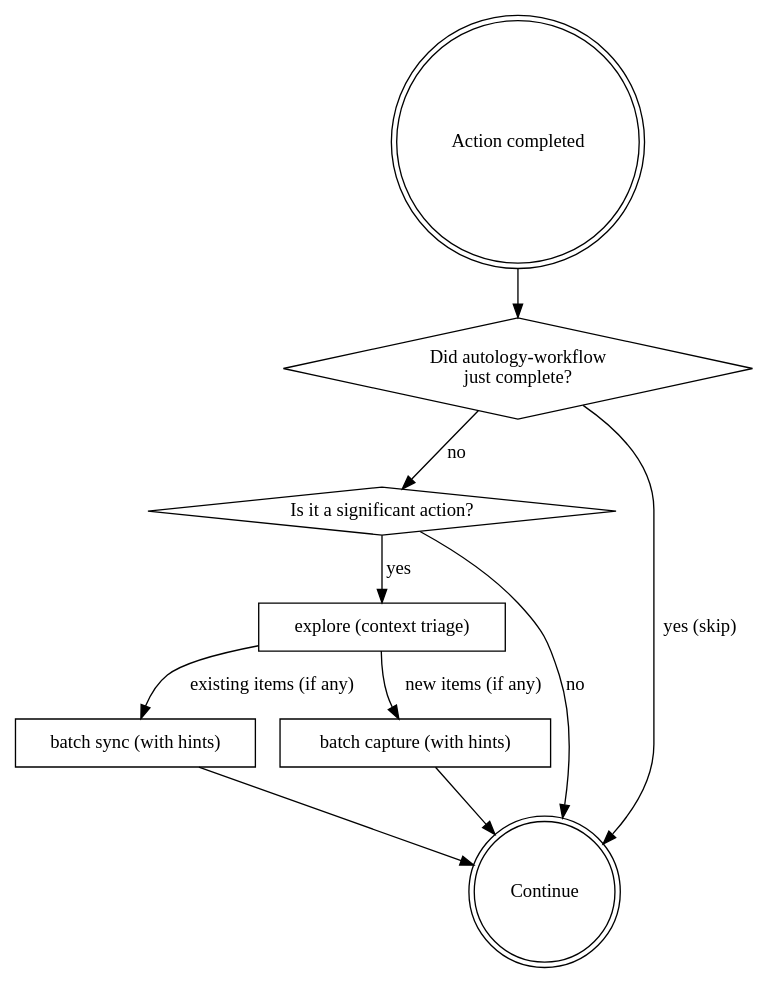
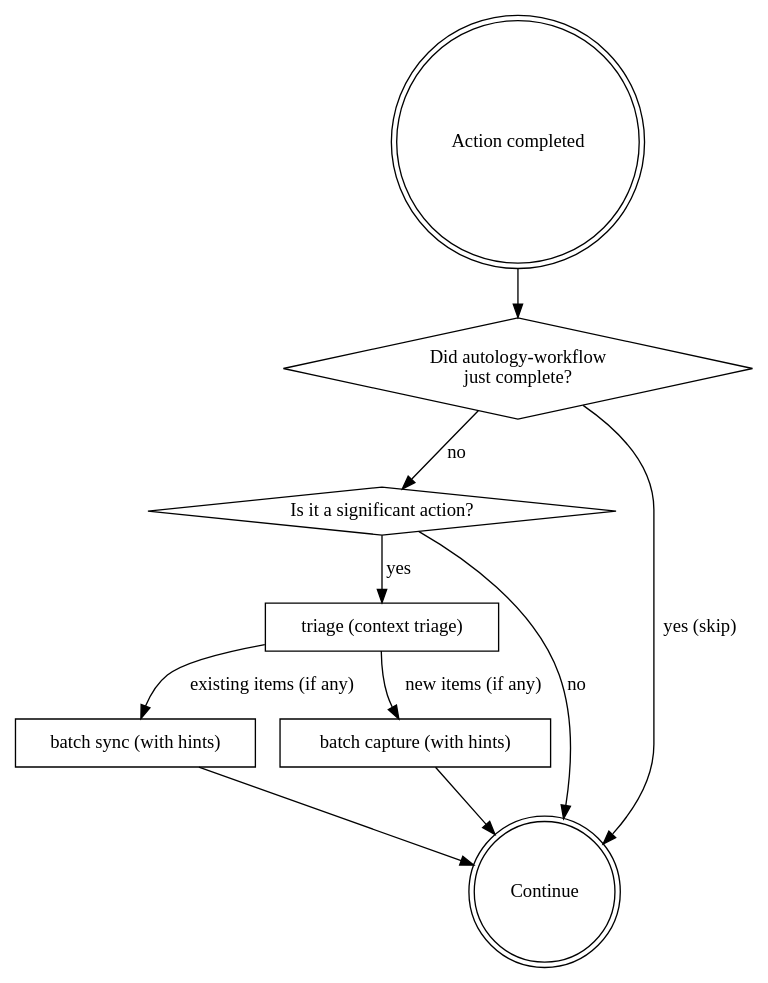
The diagram in skills/autology-workflow/SKILL.md (Curt-Park/autology), drawn with Graphviz before and after one commit. The commit also changed other lines of this file and 5 other files, not shown here.

First line of the commit message:
feat: add triage-knowledge skill, narrow explore to graph traversal

````diff
--- a/skills/autology-workflow/SKILL.md
+++ b/skills/autology-workflow/SKILL.md
@@ -42,21 +42,21 @@
 ```dot
 digraph router {
   "Action completed" [shape=doublecircle];
   "Did autology-workflow\njust complete?" [shape=diamond];
   "Is it a significant action?" [shape=diamond];
-  "explore (context triage)" [shape=box];
+  "triage (context triage)" [shape=box];
   "batch sync (with hints)" [shape=box];
   "batch capture (with hints)" [shape=box];
   "Continue" [shape=doublecircle];
 
   "Action completed" -> "Did autology-workflow\njust complete?";
   "Did autology-workflow\njust complete?" -> "Continue" [label="yes (skip)"];
   "Did autology-workflow\njust complete?" -> "Is it a significant action?" [label="no"];
-  "Is it a significant action?" -> "explore (context triage)" [label="yes"];
+  "Is it a significant action?" -> "triage (context triage)" [label="yes"];
   "Is it a significant action?" -> "Continue" [label="no"];
-  "explore (context triage)" -> "batch sync (with hints)" [label="existing items (if any)"];
-  "explore (context triage)" -> "batch capture (with hints)" [label="new items (if any)"];
+  "triage (context triage)" -> "batch sync (with hints)" [label="existing items (if any)"];
+  "triage (context triage)" -> "batch capture (with hints)" [label="new items (if any)"];
   "batch sync (with hints)" -> "Continue";
   "batch capture (with hints)" -> "Continue";
 }
 ```
````
